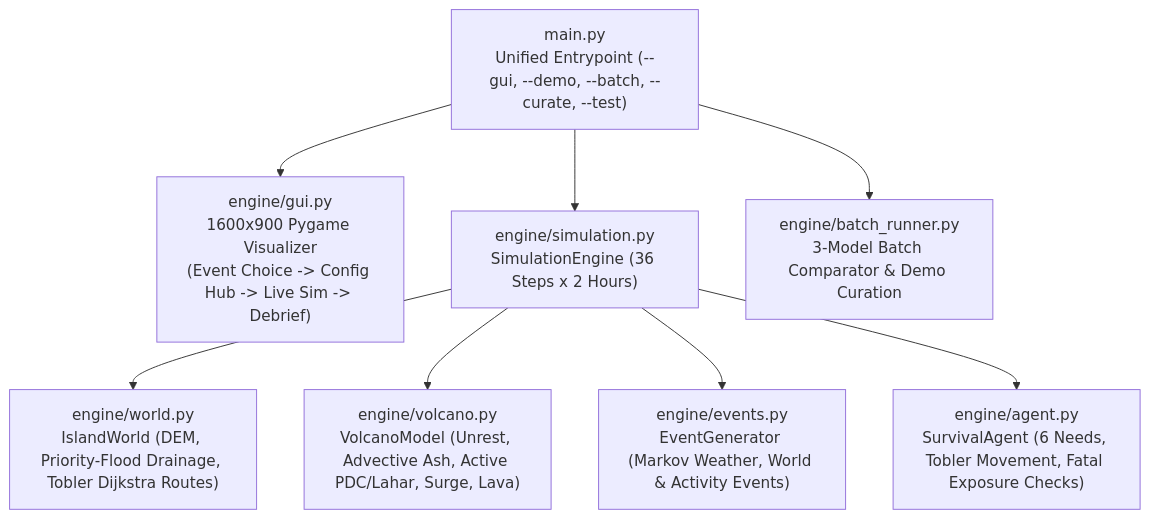
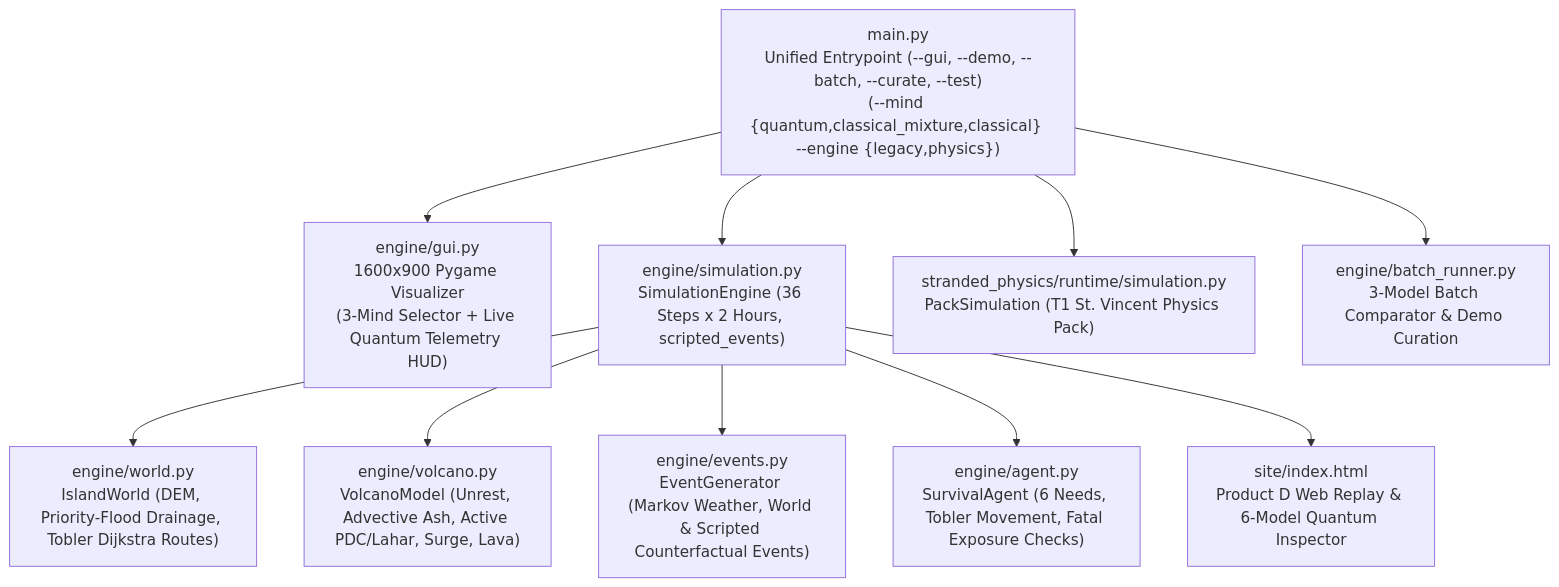
The diagram in docs/TECH_C_ENGINE_WORLD_AND_GUI.md (Muammal/Qiskit-Fest-Qognition), drawn with Mermaid before and after one commit. The commit also changed other lines of this file and 26 other files, not shown here.

Commit message:
Implement 6 published quantum cognition models, T1 St. Vincent physics solvers, ATUS priors, Grover DTQW, scripted counterfactuals, 3-mind GUI/CLI, Product D web inspector, and updated documentation

````diff
--- a/docs/TECH_C_ENGINE_WORLD_AND_GUI.md
+++ b/docs/TECH_C_ENGINE_WORLD_AND_GUI.md
@@ -13,10 +13,12 @@
 ```mermaid
 flowchart TD
-    MAIN["main.py\nUnified Entrypoint (--gui, --demo, --batch, --curate, --test)"] --> GUI["engine/gui.py\n1600x900 Pygame Visualizer\n(Event Choice -> Config Hub -> Live Sim -> Debrief)"]
-    MAIN --> SIM["engine/simulation.py\nSimulationEngine (36 Steps x 2 Hours)"]
+    MAIN["main.py\nUnified Entrypoint (--gui, --demo, --batch, --curate, --test)\n(--mind {quantum,classical_mixture,classical} --engine {legacy,physics})"] --> GUI["engine/gui.py\n1600x900 Pygame Visualizer\n(3-Mind Selector + Live Quantum Telemetry HUD)"]
+    MAIN --> SIM["engine/simulation.py\nSimulationEngine (36 Steps x 2 Hours, scripted_events)"]
+    MAIN --> PACKSIM["stranded_physics/runtime/simulation.py\nPackSimulation (T1 St. Vincent Physics Pack)"]
     MAIN --> BATCH["engine/batch_runner.py\n3-Model Batch Comparator & Demo Curation"]
     SIM --> WORLD["engine/world.py\nIslandWorld (DEM, Priority-Flood Drainage, Tobler Dijkstra Routes)"]
     SIM --> VOLC["engine/volcano.py\nVolcanoModel (Unrest, Advective Ash, Active PDC/Lahar, Surge, Lava)"]
-    SIM --> EV["engine/events.py\nEventGenerator (Markov Weather, World & Activity Events)"]
+    SIM --> EV["engine/events.py\nEventGenerator (Markov Weather, World & Scripted Counterfactual Events)"]
     SIM --> AG["engine/agent.py\nSurvivalAgent (6 Needs, Tobler Movement, Fatal Exposure Checks)"]
+    SIM --> SITE["site/index.html\nProduct D Web Replay & 6-Model Quantum Inspector"]
 ```
````
